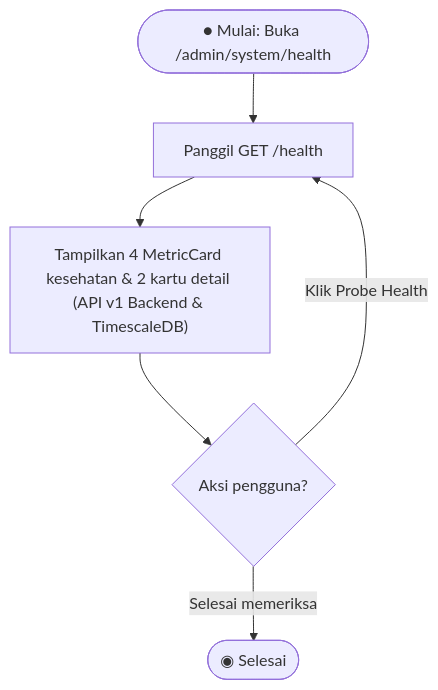
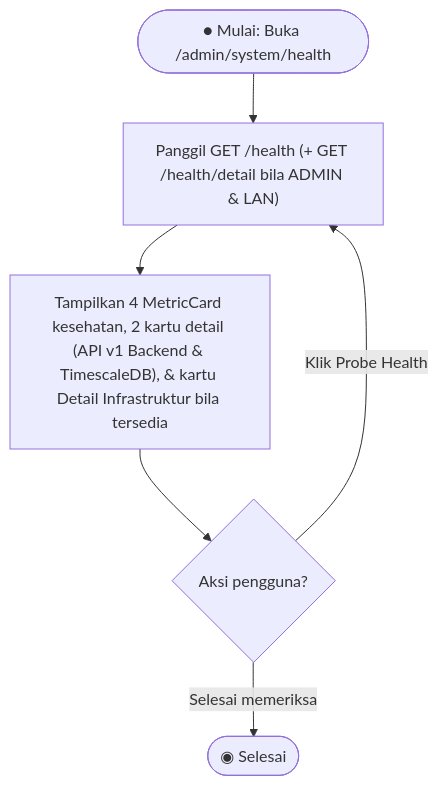
Before and after one commit to affadk/iiot-oee-admin-panel: diagram 18 of 25 in PAGE_DOCUMENTATION.md, drawn with Mermaid. The commit also changed other lines of this file and 12 other files, not shown here.

````diff
--- a/PAGE_DOCUMENTATION.md
+++ b/PAGE_DOCUMENTATION.md
@@ -770,8 +801,8 @@
 ```mermaid
 flowchart TD
-    Start(["● Mulai: Buka /admin/system/health"]) --> Probe["Panggil GET /health"]
-    Probe --> DisplayHealth["Tampilkan 4 MetricCard kesehatan & 2 kartu detail (API v1 Backend & TimescaleDB)"]
+    Start(["● Mulai: Buka /admin/system/health"]) --> Probe["Panggil GET /health (+ GET /health/detail bila ADMIN & LAN)"]
+    Probe --> DisplayHealth["Tampilkan 4 MetricCard kesehatan, 2 kartu detail (API v1 Backend & TimescaleDB), & kartu Detail Infrastruktur bila tersedia"]
     DisplayHealth --> Action{"Aksi pengguna?"}
     Action -- "Klik Probe Health" --> Probe
     Action -- "Selesai memeriksa" --> End(["◉ Selesai"])
 ```
````
